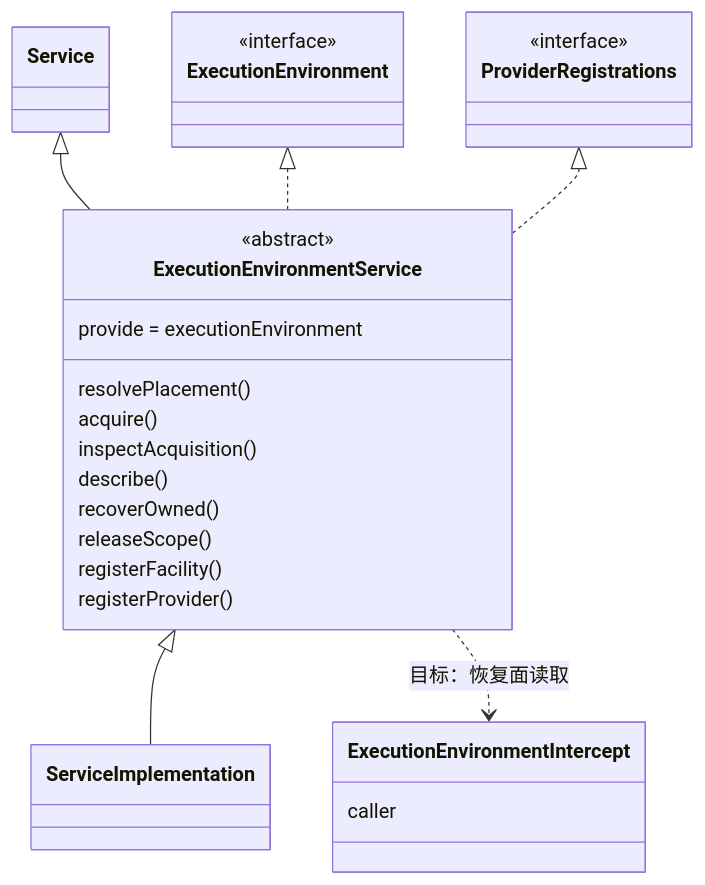
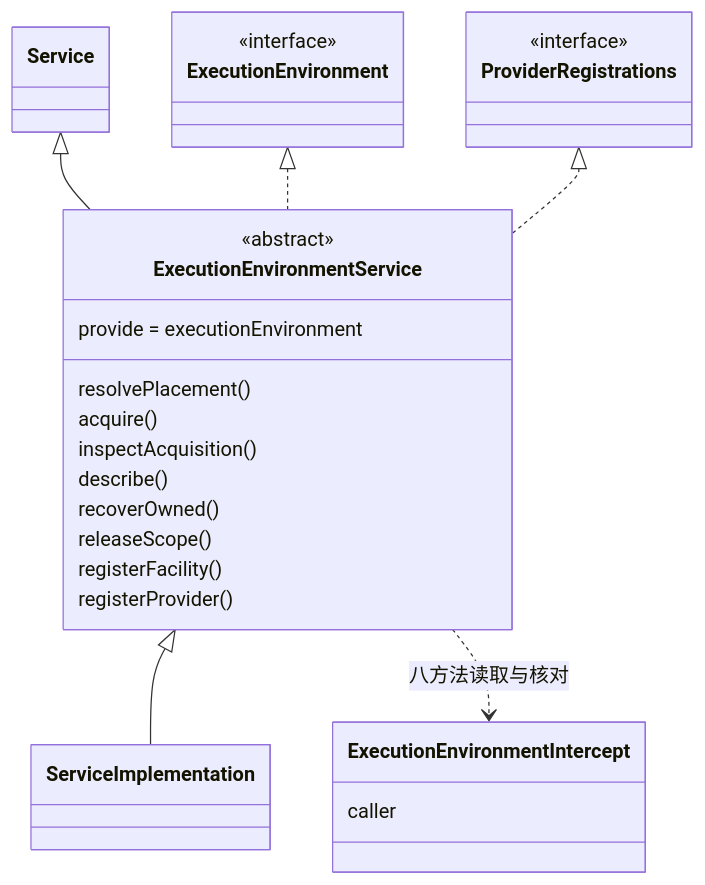
One commit to nemori-ai/omne-harness-lite changed the diagram in packages/execution/execution-environment-cordis-contract/docs/object-model.md. Above: the diagram before and after it, drawn with Mermaid. The commit also changed other lines of this file and 24 other files, not shown here.

First line of the commit message:
feat(execution-environment): 在Cordis服务边界核对调用方声明

````diff
--- a/packages/execution/execution-environment-cordis-contract/docs/object-model.md
+++ b/packages/execution/execution-environment-cordis-contract/docs/object-model.md
@@ -15,31 +16,31 @@
 ```mermaid
 classDiagram
   class Service
   class ExecutionEnvironmentService {
     <<abstract>>
     provide = executionEnvironment
     resolvePlacement()
     acquire()
     inspectAcquisition()
     describe()
     recoverOwned()
     releaseScope()
     registerFacility()
     registerProvider()
   }
   class ExecutionEnvironmentIntercept {
     caller
   }
   class ExecutionEnvironment {
     <<interface>>
   }
   class ProviderRegistrations {
     <<interface>>
   }
   class ServiceImplementation
   Service <|-- ExecutionEnvironmentService
   ExecutionEnvironment <|.. ExecutionEnvironmentService
   ProviderRegistrations <|.. ExecutionEnvironmentService
   ExecutionEnvironmentService <|-- ServiceImplementation
-  ExecutionEnvironmentService ..> ExecutionEnvironmentIntercept : 目标：恢复面读取
+  ExecutionEnvironmentService ..> ExecutionEnvironmentIntercept : 八方法读取与核对
 ```
````
